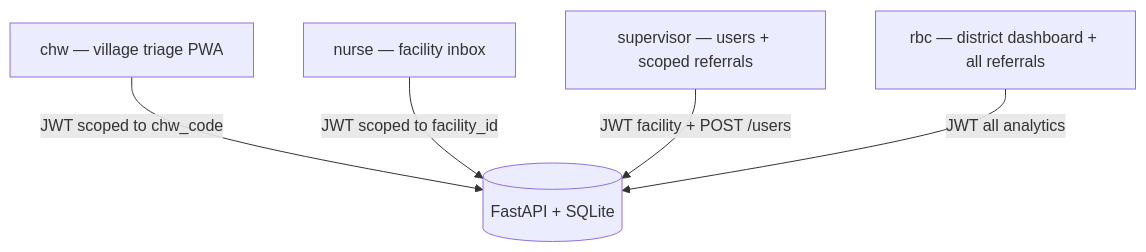
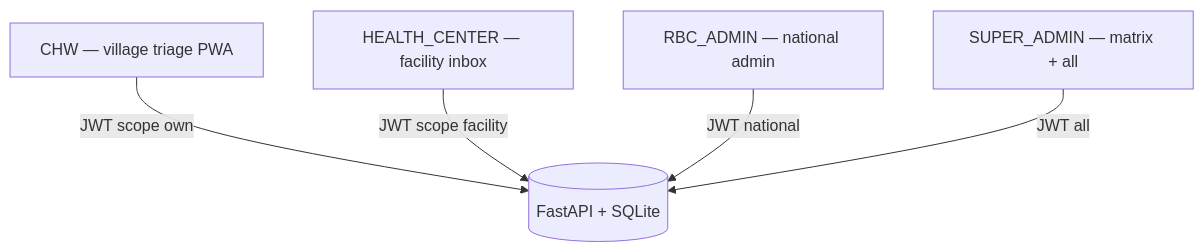
One commit to Ashuza11/ZeroMalaria changed the first of 9 diagrams in docs/architecture.md. Above: the diagram before and after it, drawn with Mermaid. The commit also changed other lines of this file and 194 other files, not shown here.

````diff
--- a/docs/architecture.md
+++ b/docs/architecture.md
@@ -7,12 +9,12 @@
 ```mermaid
 flowchart TB
-  CHW[chw — village triage PWA]
-  Nurse[nurse — facility inbox]
-  Sup[supervisor — users + scoped referrals]
-  RBC[rbc — district dashboard + all referrals]
+  CHW[CHW — village triage PWA]
+  HC[HEALTH_CENTER — facility inbox]
+  Adm[RBC_ADMIN — national admin]
+  SA[SUPER_ADMIN — matrix + all]
 
-  CHW -->|JWT scoped to chw_code| API[(FastAPI + SQLite)]
-  Nurse -->|JWT scoped to facility_id| API
-  Sup -->|JWT facility + POST /users| API
-  RBC -->|JWT all analytics| API
+  CHW -->|JWT scope own| API[(FastAPI + SQLite)]
+  HC -->|JWT scope facility| API
+  Adm -->|JWT national| API
+  SA -->|JWT all| API
 ```
````
